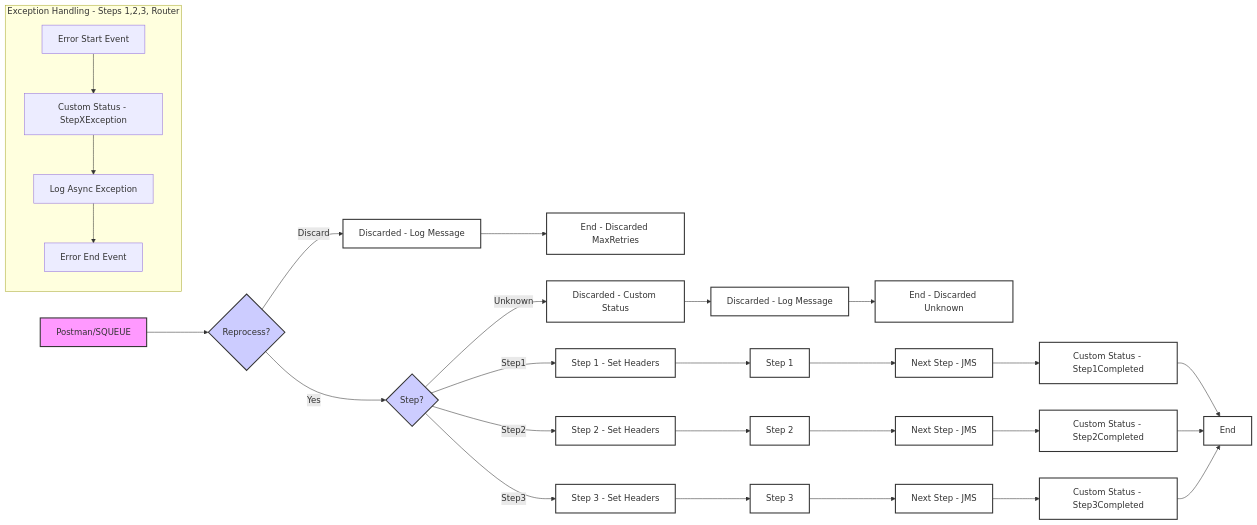
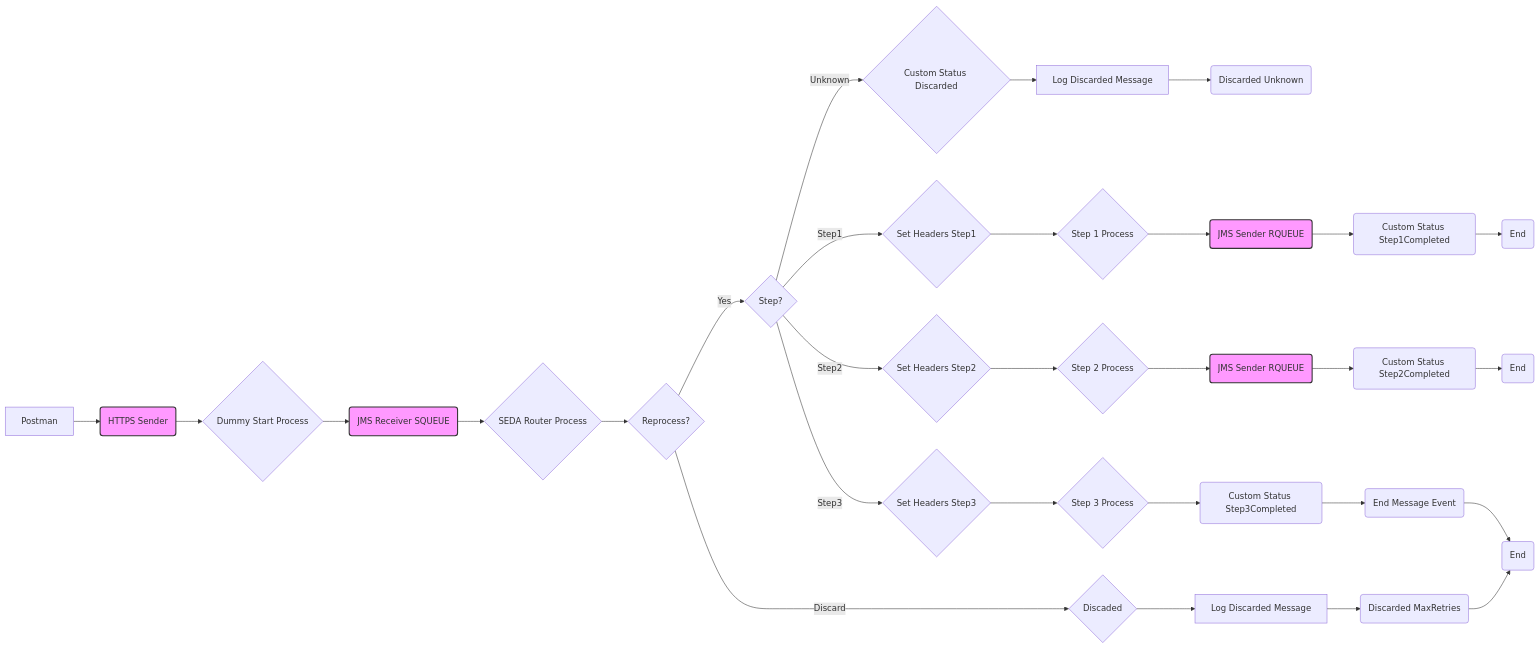
One commit to Avvale-IA-CICD/AvvaleCPI changed the diagram in MMZ - Templates/SEDA_Model_-_Single_Queue_-_Restart_and_Discard-1.0.0/readme.md. Above: the diagram before and after it, drawn with Mermaid. The commit also changed other lines of this file, not shown here.

Commit message:
Add/update documentation for SEDA_Model_-_Single_Queue_-_Restart_and_Discard v1.0.0

````diff
--- a/MMZ - Templates/SEDA_Model_-_Single_Queue_-_Restart_and_Discard-1.0.0/readme.md
+++ b/MMZ - Templates/SEDA_Model_-_Single_Queue_-_Restart_and_Discard-1.0.0/readme.md
@@ -5,53 +4,35 @@
 ```mermaid
 graph LR
-    A[Postman/SQUEUE] --> B{Reprocess?};
-    B -- Yes --> C{Step?};
-    B -- Discard --> K[Discarded - Log Message];
-    K --> L[End - Discarded MaxRetries];
-    C -- Step1 --> D[Step 1 - Set Headers];
-    C -- Step2 --> E[Step 2 - Set Headers];
-    C -- Step3 --> F[Step 3 - Set Headers];
-    C -- Unknown --> G[Discarded - Custom Status];
-    G --> H[Discarded - Log Message];
-    H --> I[End - Discarded Unknown];
-    D --> J[Step 1];
-    E --> M[Step 2];
-    F --> N[Step 3];
-    J --> O[Next Step - JMS];
-    M --> P[Next Step - JMS];
-    N --> Q[Next Step - JMS];
-    O --> R[Custom Status - Step1Completed];
-    P --> S[Custom Status - Step2Completed];
-    Q --> T[Custom Status - Step3Completed];
-    R --> Z[End];
-    S --> Z;
-    T --> Z;
-    
-    subgraph "Exception Handling - Steps 1,2,3, Router"
-    ZZ[Error Start Event] --> XXX[Custom Status - StepXException];
-    XXX --> YYY[Log Async Exception];
-    YYY --> ZZZ[Error End Event];
-    end
-    
-    style A fill:#f9f,stroke:#333,stroke-width:2px
-    style B fill:#ccf,stroke:#333,stroke-width:2px
-    style C fill:#ccf,stroke:#333,stroke-width:2px
-    style D fill:#fff,stroke:#333,stroke-width:2px
-    style E fill:#fff,stroke:#333,stroke-width:2px
-    style F fill:#fff,stroke:#333,stroke-width:2px
-    style G fill:#fff,stroke:#333,stroke-width:2px
-    style H fill:#fff,stroke:#333,stroke-width:2px
-    style I fill:#fff,stroke:#333,stroke-width:2px
-    style J fill:#fff,stroke:#333,stroke-width:2px
-    style K fill:#fff,stroke:#333,stroke-width:2px
-    style L fill:#fff,stroke:#333,stroke-width:2px
-    style M fill:#fff,stroke:#333,stroke-width:2px
-    style N fill:#fff,stroke:#333,stroke-width:2px
-    style O fill:#fff,stroke:#333,stroke-width:2px
-    style P fill:#fff,stroke:#333,stroke-width:2px
-    style Q fill:#fff,stroke:#333,stroke-width:2px
-    style R fill:#fff,stroke:#333,stroke-width:2px
-    style S fill:#fff,stroke:#333,stroke-width:2px
-    style T fill:#fff,stroke:#333,stroke-width:2px
-    style Z fill:#fff,stroke:#333,stroke-width:2px
+    A[Postman] --> B(HTTPS Sender);
+    B --> C{Dummy Start Process};
+    C --> D(JMS Receiver SQUEUE);
+    D --> E{SEDA Router Process};
+    E --> F{Reprocess?};
+    F -- Yes --> G{Step?};
+    G -- Step1 --> H{Set Headers Step1};
+    G -- Step2 --> I{Set Headers Step2};
+    G -- Step3 --> J{Set Headers Step3};
+    G -- Unknown --> K{Custom Status Discarded};
+    K --> L[Log Discarded Message];
+    L --> M(Discarded Unknown);
+    H --> N{Step 1 Process};
+    I --> O{Step 2 Process};
+    J --> P{Step 3 Process};
+    N --> Q(JMS Sender RQUEUE);
+    O --> R(JMS Sender RQUEUE);
+    P --> S(Custom Status Step3Completed);
+    S --> T(End Message Event);
+    T --> U(End);
+    Q --> V(Custom Status Step1Completed);
+    V --> W(End);
+    R --> X(Custom Status Step2Completed);
+    X --> Y(End);
+    F -- Discard --> Z{Discaded};
+    Z --> AA[Log Discarded Message];
+    AA --> BB(Discarded MaxRetries);
+    BB --> U
+    style B fill:#f9f,stroke:#333,stroke-width:2px
+    style D fill:#f9f,stroke:#333,stroke-width:2px
+    style Q fill:#f9f,stroke:#333,stroke-width:2px
+    style R fill:#f9f,stroke:#333,stroke-width:2px
 ```
````
